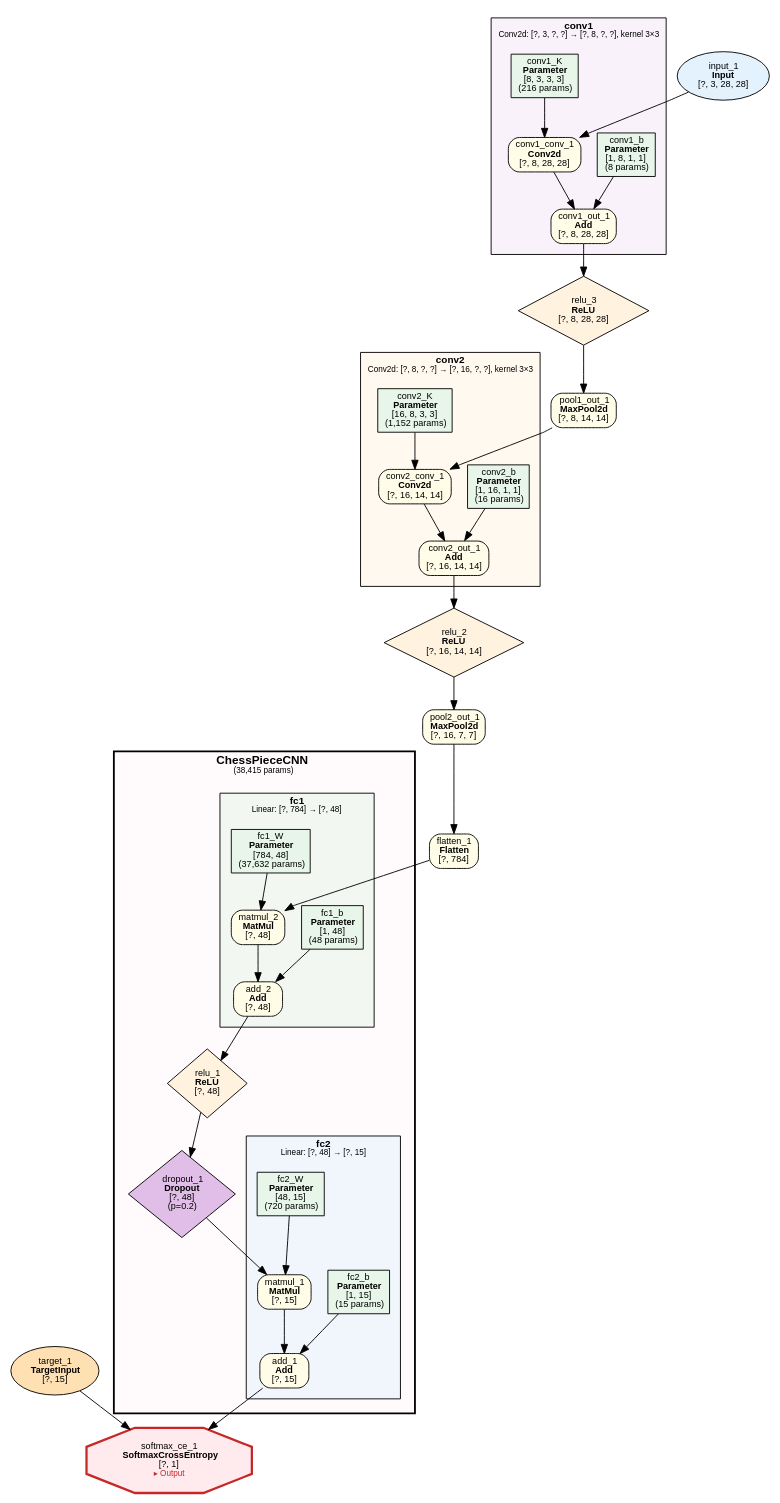
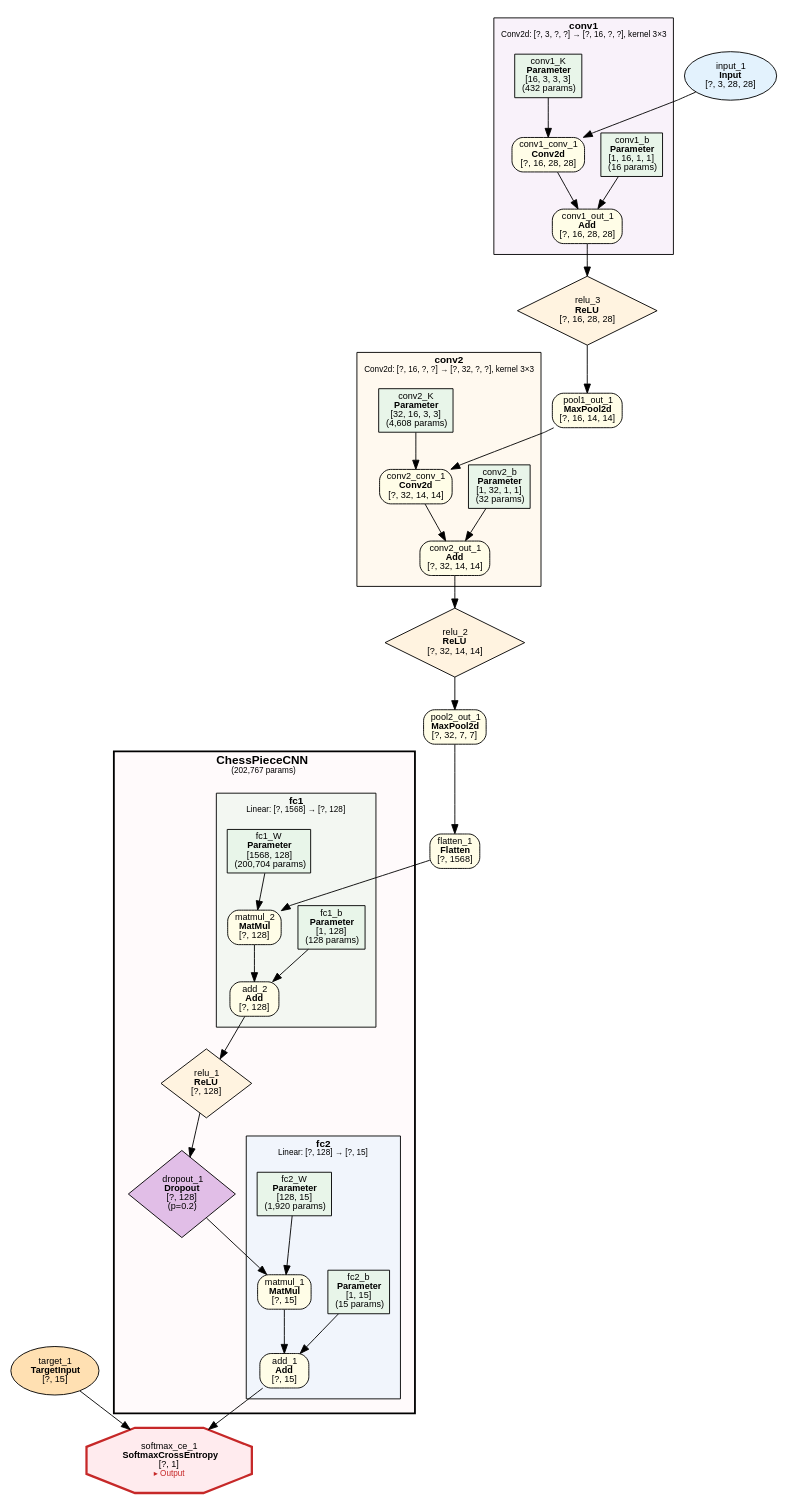
One commit to dbsxdbsx/only_torch changed the diagram in examples/chinese_chess/chinese_chess.dot. Above: the diagram before and after it, drawn with Graphviz. The commit also changed 3 other files, not shown here.

First line of the commit message:
feat: update Chinese Chess model architecture and data augmentation

```diff
--- a/examples/chinese_chess/chinese_chess.dot
+++ b/examples/chinese_chess/chinese_chess.dot
@@ -1,106 +1,106 @@
 digraph ComputeGraph {
     rankdir=TB;
     newrank=true;
     splines=polyline;
     node [fontname="Microsoft YaHei,SimHei,Arial"];
     edge [fontname="Microsoft YaHei,SimHei,Arial"];
 
     subgraph cluster_model_ChessPieceCNN {
-        label=<<B>ChessPieceCNN</B><BR/><FONT POINT-SIZE="9">(38,415 params)</FONT>>;
+        label=<<B>ChessPieceCNN</B><BR/><FONT POINT-SIZE="9">(202,767 params)</FONT>>;
         style="filled,bold";
         fillcolor="#FFEBEE40";
         fontname="Microsoft YaHei,SimHei,Arial";
         fontsize=13;
         margin=16;
 
         subgraph cluster_ChessPieceCNN_fc2 {
-            label=<<B>fc2</B><BR/><FONT POINT-SIZE="9">Linear: [?, 48] → [?, 15]</FONT>>;
+            label=<<B>fc2</B><BR/><FONT POINT-SIZE="9">Linear: [?, 128] → [?, 15]</FONT>>;
             style=filled;
             fillcolor="#E3F2FD80";
             fontname="Microsoft YaHei,SimHei,Arial";
             fontsize=11;
             margin=12;
                 "2" [label=<add_1<BR/><B>Add</B><BR/>[?, 15]> shape=box style="filled,rounded" fillcolor="#FFFDE7" fontsize=10];
                 "4" [label=<matmul_1<BR/><B>MatMul</B><BR/>[?, 15]> shape=box style="filled,rounded" fillcolor="#FFFDE7" fontsize=10];
                 "5" [label=<fc2_b<BR/><B>Parameter</B><BR/>[1, 15]<BR/>(15 params)> shape=box style=filled fillcolor="#E8F5E9" fontsize=10];
-                "7" [label=<fc2_W<BR/><B>Parameter</B><BR/>[48, 15]<BR/>(720 params)> shape=box style=filled fillcolor="#E8F5E9" fontsize=10];
+                "7" [label=<fc2_W<BR/><B>Parameter</B><BR/>[128, 15]<BR/>(1,920 params)> shape=box style=filled fillcolor="#E8F5E9" fontsize=10];
         }
 
         subgraph cluster_ChessPieceCNN_fc1 {
-            label=<<B>fc1</B><BR/><FONT POINT-SIZE="9">Linear: [?, 784] → [?, 48]</FONT>>;
+            label=<<B>fc1</B><BR/><FONT POINT-SIZE="9">Linear: [?, 1568] → [?, 128]</FONT>>;
             style=filled;
             fillcolor="#E8F5E980";
             fontname="Microsoft YaHei,SimHei,Arial";
             fontsize=11;
             margin=12;
-                "9" [label=<add_2<BR/><B>Add</B><BR/>[?, 48]> shape=box style="filled,rounded" fillcolor="#FFFDE7" fontsize=10];
-                "10" [label=<matmul_2<BR/><B>MatMul</B><BR/>[?, 48]> shape=box style="filled,rounded" fillcolor="#FFFDE7" fontsize=10];
-                "11" [label=<fc1_b<BR/><B>Parameter</B><BR/>[1, 48]<BR/>(48 params)> shape=box style=filled fillcolor="#E8F5E9" fontsize=10];
-                "13" [label=<fc1_W<BR/><B>Parameter</B><BR/>[784, 48]<BR/>(37,632 params)> shape=box style=filled fillcolor="#E8F5E9" fontsize=10];
+                "9" [label=<add_2<BR/><B>Add</B><BR/>[?, 128]> shape=box style="filled,rounded" fillcolor="#FFFDE7" fontsize=10];
+                "10" [label=<matmul_2<BR/><B>MatMul</B><BR/>[?, 128]> shape=box style="filled,rounded" fillcolor="#FFFDE7" fontsize=10];
+                "11" [label=<fc1_b<BR/><B>Parameter</B><BR/>[1, 128]<BR/>(128 params)> shape=box style=filled fillcolor="#E8F5E9" fontsize=10];
+                "13" [label=<fc1_W<BR/><B>Parameter</B><BR/>[1568, 128]<BR/>(200,704 params)> shape=box style=filled fillcolor="#E8F5E9" fontsize=10];
         }
 
-        "6" [label=<dropout_1<BR/><B>Dropout</B><BR/>[?, 48]<BR/>(p=0.2)> shape=diamond style=filled fillcolor="#E1BEE7" fontsize=10];
-        "8" [label=<relu_1<BR/><B>ReLU</B><BR/>[?, 48]> shape=diamond style=filled fillcolor="#FFF3E0" fontsize=10];
+        "6" [label=<dropout_1<BR/><B>Dropout</B><BR/>[?, 128]<BR/>(p=0.2)> shape=diamond style=filled fillcolor="#E1BEE7" fontsize=10];
+        "8" [label=<relu_1<BR/><B>ReLU</B><BR/>[?, 128]> shape=diamond style=filled fillcolor="#FFF3E0" fontsize=10];
     }
 
     subgraph cluster_group_conv2d_1 {
-        label=<<B>conv2</B><BR/><FONT POINT-SIZE="9">Conv2d: [?, 8, ?, ?] → [?, 16, ?, ?], kernel 3×3</FONT>>;
+        label=<<B>conv2</B><BR/><FONT POINT-SIZE="9">Conv2d: [?, 16, ?, ?] → [?, 32, ?, ?], kernel 3×3</FONT>>;
         style=filled;
         fillcolor="#FFF3E080";
         fontname="Microsoft YaHei,SimHei,Arial";
         fontsize=11;
         margin=12;
-            "16" [label=<conv2_out_1<BR/><B>Add</B><BR/>[?, 16, 14, 14]> shape=box style="filled,rounded" fillcolor="#FFFDE7" fontsize=10];
-            "17" [label=<conv2_conv_1<BR/><B>Conv2d</B><BR/>[?, 16, 14, 14]> shape=box style="filled,rounded" fillcolor="#FFFDE7" fontsize=10];
-            "18" [label=<conv2_b<BR/><B>Parameter</B><BR/>[1, 16, 1, 1]<BR/>(16 params)> shape=box style=filled fillcolor="#E8F5E9" fontsize=10];
-            "20" [label=<conv2_K<BR/><B>Parameter</B><BR/>[16, 8, 3, 3]<BR/>(1,152 params)> shape=box style=filled fillcolor="#E8F5E9" fontsize=10];
+            "16" [label=<conv2_out_1<BR/><B>Add</B><BR/>[?, 32, 14, 14]> shape=box style="filled,rounded" fillcolor="#FFFDE7" fontsize=10];
+            "17" [label=<conv2_conv_1<BR/><B>Conv2d</B><BR/>[?, 32, 14, 14]> shape=box style="filled,rounded" fillcolor="#FFFDE7" fontsize=10];
+            "18" [label=<conv2_b<BR/><B>Parameter</B><BR/>[1, 32, 1, 1]<BR/>(32 params)> shape=box style=filled fillcolor="#E8F5E9" fontsize=10];
+            "20" [label=<conv2_K<BR/><B>Parameter</B><BR/>[32, 16, 3, 3]<BR/>(4,608 params)> shape=box style=filled fillcolor="#E8F5E9" fontsize=10];
     }
 
     subgraph cluster_group_conv2d_0 {
-        label=<<B>conv1</B><BR/><FONT POINT-SIZE="9">Conv2d: [?, 3, ?, ?] → [?, 8, ?, ?], kernel 3×3</FONT>>;
+        label=<<B>conv1</B><BR/><FONT POINT-SIZE="9">Conv2d: [?, 3, ?, ?] → [?, 16, ?, ?], kernel 3×3</FONT>>;
         style=filled;
         fillcolor="#F3E5F580";
         fontname="Microsoft YaHei,SimHei,Arial";
         fontsize=11;
         margin=12;
-            "22" [label=<conv1_out_1<BR/><B>Add</B><BR/>[?, 8, 28, 28]> shape=box style="filled,rounded" fillcolor="#FFFDE7" fontsize=10];
-            "23" [label=<conv1_conv_1<BR/><B>Conv2d</B><BR/>[?, 8, 28, 28]> shape=box style="filled,rounded" fillcolor="#FFFDE7" fontsize=10];
-            "24" [label=<conv1_b<BR/><B>Parameter</B><BR/>[1, 8, 1, 1]<BR/>(8 params)> shape=box style=filled fillcolor="#E8F5E9" fontsize=10];
-            "26" [label=<conv1_K<BR/><B>Parameter</B><BR/>[8, 3, 3, 3]<BR/>(216 params)> shape=box style=filled fillcolor="#E8F5E9" fontsize=10];
+            "22" [label=<conv1_out_1<BR/><B>Add</B><BR/>[?, 16, 28, 28]> shape=box style="filled,rounded" fillcolor="#FFFDE7" fontsize=10];
+            "23" [label=<conv1_conv_1<BR/><B>Conv2d</B><BR/>[?, 16, 28, 28]> shape=box style="filled,rounded" fillcolor="#FFFDE7" fontsize=10];
+            "24" [label=<conv1_b<BR/><B>Parameter</B><BR/>[1, 16, 1, 1]<BR/>(16 params)> shape=box style=filled fillcolor="#E8F5E9" fontsize=10];
+            "26" [label=<conv1_K<BR/><B>Parameter</B><BR/>[16, 3, 3, 3]<BR/>(432 params)> shape=box style=filled fillcolor="#E8F5E9" fontsize=10];
     }
 
     "1" [label=<softmax_ce_1<BR/><B>SoftmaxCrossEntropy</B><BR/>[?, 1]<BR/><FONT COLOR="#C62828" POINT-SIZE="9">▸ Output</FONT>> shape=octagon style=filled fillcolor="#FFEBEE" fontsize=10 penwidth=2.5 color="#C62828"];
     "3" [label=<target_1<BR/><B>TargetInput</B><BR/>[?, 15]> shape=ellipse style=filled fillcolor="#FFE0B2" fontsize=10];
-    "12" [label=<flatten_1<BR/><B>Flatten</B><BR/>[?, 784]> shape=box style="filled,rounded" fillcolor="#FFFDE7" fontsize=10];
-    "14" [label=<pool2_out_1<BR/><B>MaxPool2d</B><BR/>[?, 16, 7, 7]> shape=box style="filled,rounded" fillcolor="#FFFDE7" fontsize=10];
-    "15" [label=<relu_2<BR/><B>ReLU</B><BR/>[?, 16, 14, 14]> shape=diamond style=filled fillcolor="#FFF3E0" fontsize=10];
-    "19" [label=<pool1_out_1<BR/><B>MaxPool2d</B><BR/>[?, 8, 14, 14]> shape=box style="filled,rounded" fillcolor="#FFFDE7" fontsize=10];
-    "21" [label=<relu_3<BR/><B>ReLU</B><BR/>[?, 8, 28, 28]> shape=diamond style=filled fillcolor="#FFF3E0" fontsize=10];
+    "12" [label=<flatten_1<BR/><B>Flatten</B><BR/>[?, 1568]> shape=box style="filled,rounded" fillcolor="#FFFDE7" fontsize=10];
+    "14" [label=<pool2_out_1<BR/><B>MaxPool2d</B><BR/>[?, 32, 7, 7]> shape=box style="filled,rounded" fillcolor="#FFFDE7" fontsize=10];
+    "15" [label=<relu_2<BR/><B>ReLU</B><BR/>[?, 32, 14, 14]> shape=diamond style=filled fillcolor="#FFF3E0" fontsize=10];
+    "19" [label=<pool1_out_1<BR/><B>MaxPool2d</B><BR/>[?, 16, 14, 14]> shape=box style="filled,rounded" fillcolor="#FFFDE7" fontsize=10];
+    "21" [label=<relu_3<BR/><B>ReLU</B><BR/>[?, 16, 28, 28]> shape=diamond style=filled fillcolor="#FFF3E0" fontsize=10];
     "25" [label=<input_1<BR/><B>Input</B><BR/>[?, 3, 28, 28]> shape=ellipse style=filled fillcolor="#E3F2FD" fontsize=10];
 
     "2" -> "1";
     "3" -> "1";
     "4" -> "2";
     "5" -> "2";
     "6" -> "4";
     "7" -> "4";
     "8" -> "6";
     "9" -> "8";
     "10" -> "9";
     "11" -> "9";
     "12" -> "10";
     "13" -> "10";
     "14" -> "12";
     "15" -> "14";
     "16" -> "15";
     "17" -> "16";
     "18" -> "16";
     "19" -> "17";
     "20" -> "17";
     "21" -> "19";
     "22" -> "21";
     "23" -> "22";
     "24" -> "22";
     "25" -> "23";
     "26" -> "23";
 }
```
